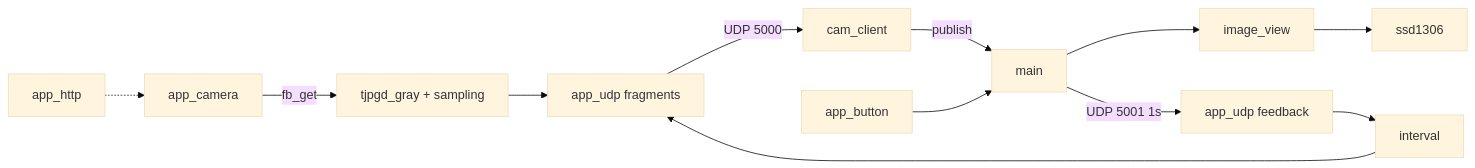
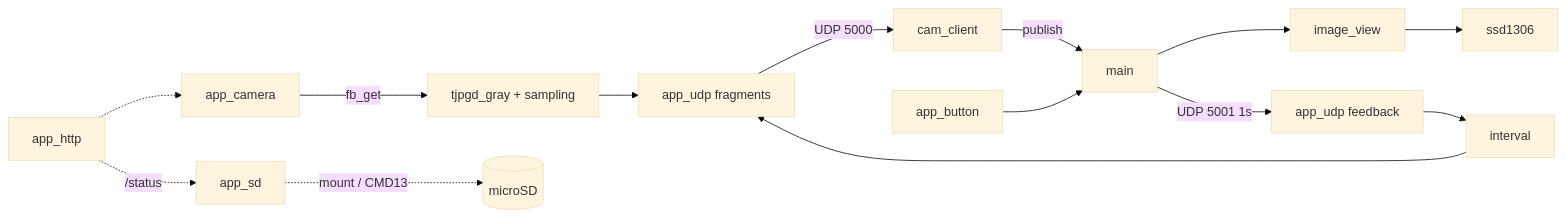
One commit to XDUPWW/ESP32-AirCamDuo changed the second of 3 diagrams in docs/TECHNICAL_DESIGN.md. Above: the diagram before and after it, drawn with Mermaid (base theme). The commit also changed other lines of this file and 10 other files, not shown here.

````diff
--- a/docs/TECHNICAL_DESIGN.md
+++ b/docs/TECHNICAL_DESIGN.md
@@ -968,14 +1004,16 @@
 ```mermaid
 flowchart LR
   A[app_camera] -->|fb_get| B[tjpgd_gray + sampling]
   B --> C[app_udp fragments]
   C -->|UDP 5000| D[cam_client]
   D -->|publish| E[main]
   E --> F[image_view]
   F --> G[ssd1306]
   E -->|UDP 5001 1s| H[app_udp feedback]
   H --> I[interval]
   I --> C
   J[app_button] --> E
   K[app_http] -.-> A
+  L[app_sd] -.->|mount / CMD13| M[(microSD)]
+  K -.->|/status| L
 ```
````
